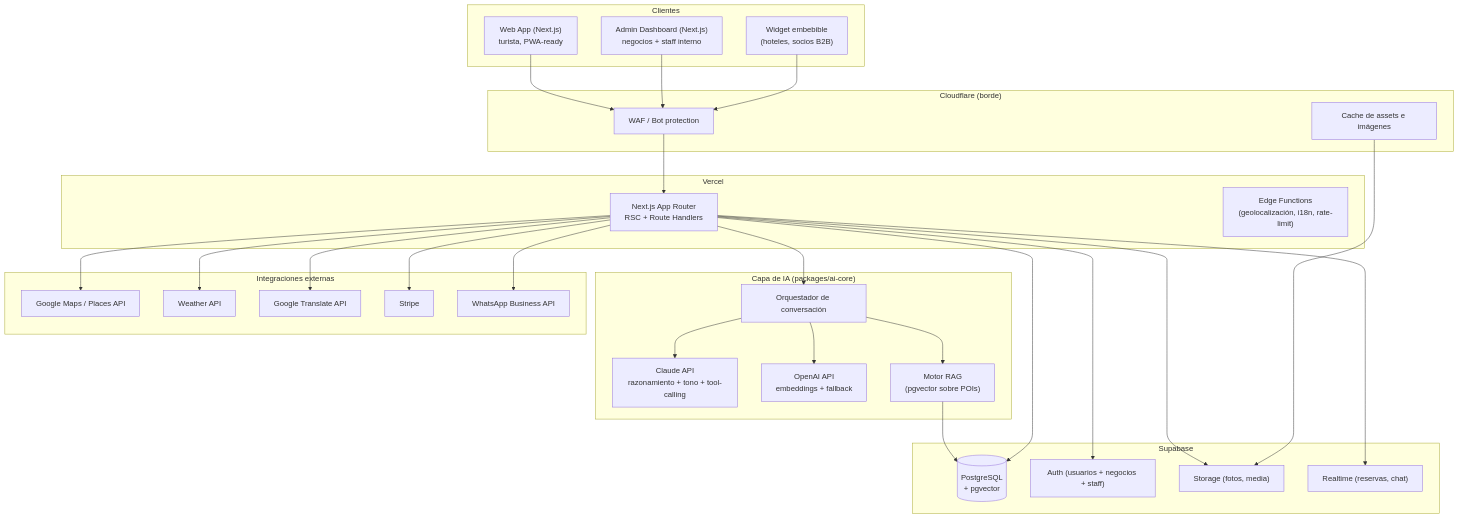
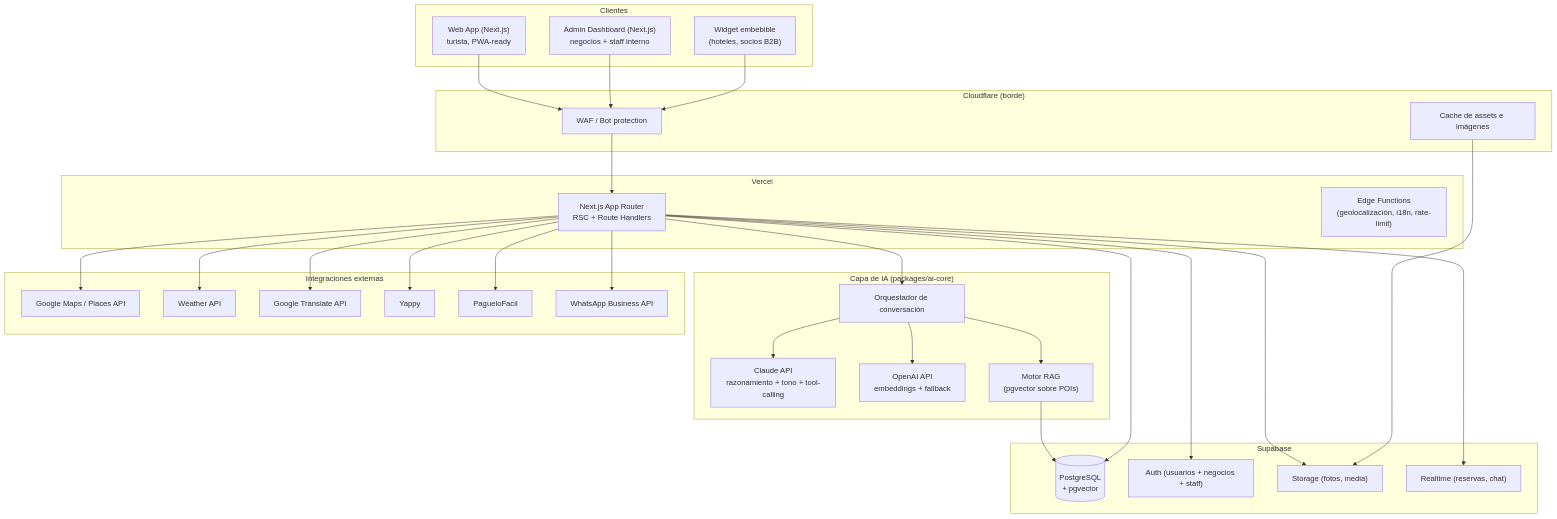
The diagram in docs/panama-ai/01-arquitectura.md (juankbrrm-afk/juankimoney), drawn with Mermaid before and after one commit. The commit also changed other lines of this file and 18 other files, not shown here.

````diff
--- a/docs/panama-ai/01-arquitectura.md
+++ b/docs/panama-ai/01-arquitectura.md
@@ -5,59 +5,61 @@
 ```mermaid
 flowchart TB
     subgraph Client["Clientes"]
         Web["Web App (Next.js)\nturista, PWA-ready"]
         Admin["Admin Dashboard (Next.js)\nnegocios + staff interno"]
         Widget["Widget embebible\n(hoteles, socios B2B)"]
     end
 
     subgraph Edge["Cloudflare (borde)"]
         WAF["WAF / Bot protection"]
         CDN["Cache de assets e imágenes"]
     end
 
     subgraph Vercel["Vercel"]
         NextApp["Next.js App Router\nRSC + Route Handlers"]
         EdgeFns["Edge Functions\n(geolocalización, i18n, rate-limit)"]
     end
 
     subgraph AICore["Capa de IA (packages/ai-core)"]
         Orchestrator["Orquestador de conversación"]
         Claude["Claude API\nrazonamiento + tono + tool-calling"]
         OpenAI["OpenAI API\nembeddings + fallback"]
         RAG["Motor RAG\n(pgvector sobre POIs)"]
     end
 
     subgraph Supabase["Supabase"]
         PG[("PostgreSQL\n+ pgvector")]
         Auth["Auth (usuarios + negocios + staff)"]
         Storage["Storage (fotos, media)"]
         Realtime["Realtime (reservas, chat)"]
     end
 
     subgraph External["Integraciones externas"]
         Maps["Google Maps / Places API"]
         Weather["Weather API"]
         Translate["Google Translate API"]
-        StripeX["Stripe"]
+        Yappy["Yappy"]
+        PagueloFacil["PagueloFacil"]
         WhatsAppAPI["WhatsApp Business API"]
     end
 
     Web --> WAF --> NextApp
     Admin --> WAF
     Widget --> WAF
     NextApp --> Orchestrator
     Orchestrator --> Claude
     Orchestrator --> RAG
     RAG --> PG
     Orchestrator --> OpenAI
     NextApp --> PG
     NextApp --> Auth
     NextApp --> Storage
     NextApp --> Realtime
     NextApp --> Maps
     NextApp --> Weather
     NextApp --> Translate
-    NextApp --> StripeX
+    NextApp --> Yappy
+    NextApp --> PagueloFacil
     NextApp --> WhatsAppAPI
     CDN --> Storage
 ```
````
